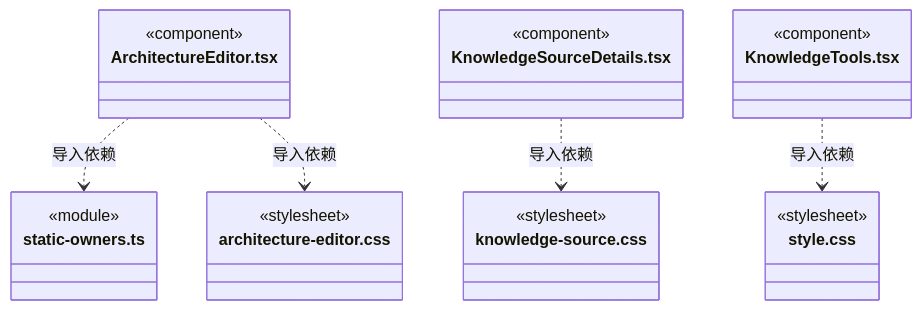
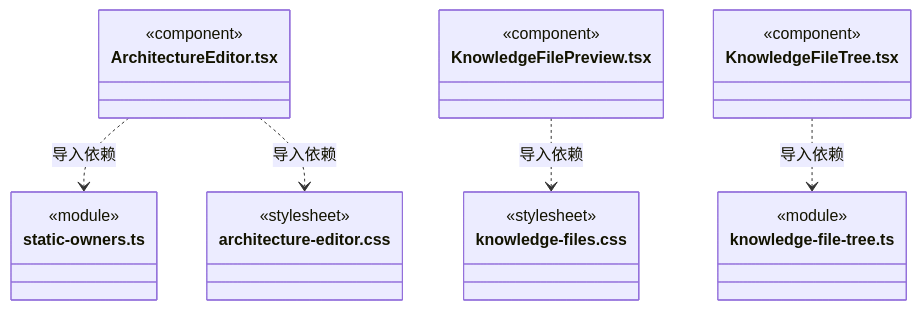
Before and after one commit to nan023062/cbim: diagram 14 of 15 in src/frontend/knowledge/ARCHITECTURE.md, drawn with Mermaid. The commit also changed other lines of this file and 62 other files, not shown here.

First line of the commit message:
feat: resolve implicit owners and unify architecture governance views

````diff
--- a/src/frontend/knowledge/ARCHITECTURE.md
+++ b/src/frontend/knowledge/ARCHITECTURE.md
@@ -126,28 +192,28 @@
 ```mermaid
 classDiagram
 class N_src_frontend_knowledge_ArchitectureEditor_tsx["ArchitectureEditor.tsx"] {
   <<component>>
 }
 class N_src_frontend_knowledge_static_owners_ts["static-owners.ts"] {
   <<module>>
 }
 class N_src_frontend_knowledge_architecture_editor_css["architecture-editor.css"] {
   <<stylesheet>>
 }
-class N_src_frontend_knowledge_KnowledgeSourceDetails_tsx["KnowledgeSourceDetails.tsx"] {
+class N_src_frontend_knowledge_KnowledgeFilePreview_tsx["KnowledgeFilePreview.tsx"] {
   <<component>>
 }
-class N_src_frontend_knowledge_knowledge_source_css["knowledge-source.css"] {
+class N_src_frontend_knowledge_knowledge_files_css["knowledge-files.css"] {
   <<stylesheet>>
 }
-class N_src_frontend_knowledge_KnowledgeTools_tsx["KnowledgeTools.tsx"] {
+class N_src_frontend_knowledge_KnowledgeFileTree_tsx["KnowledgeFileTree.tsx"] {
   <<component>>
 }
-class N_src_frontend_knowledge_style_css["style.css"] {
-  <<stylesheet>>
+class N_src_frontend_knowledge_knowledge_file_tree_ts["knowledge-file-tree.ts"] {
+  <<module>>
 }
 N_src_frontend_knowledge_ArchitectureEditor_tsx ..> N_src_frontend_knowledge_static_owners_ts : 导入依赖
 N_src_frontend_knowledge_ArchitectureEditor_tsx ..> N_src_frontend_knowledge_architecture_editor_css : 导入依赖
-N_src_frontend_knowledge_KnowledgeSourceDetails_tsx ..> N_src_frontend_knowledge_knowledge_source_css : 导入依赖
-N_src_frontend_knowledge_KnowledgeTools_tsx ..> N_src_frontend_knowledge_style_css : 导入依赖
+N_src_frontend_knowledge_KnowledgeFilePreview_tsx ..> N_src_frontend_knowledge_knowledge_files_css : 导入依赖
+N_src_frontend_knowledge_KnowledgeFileTree_tsx ..> N_src_frontend_knowledge_knowledge_file_tree_ts : 导入依赖
 ```
````
